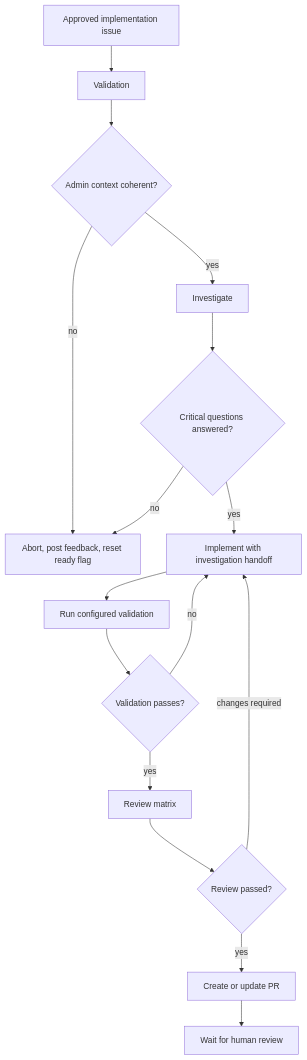
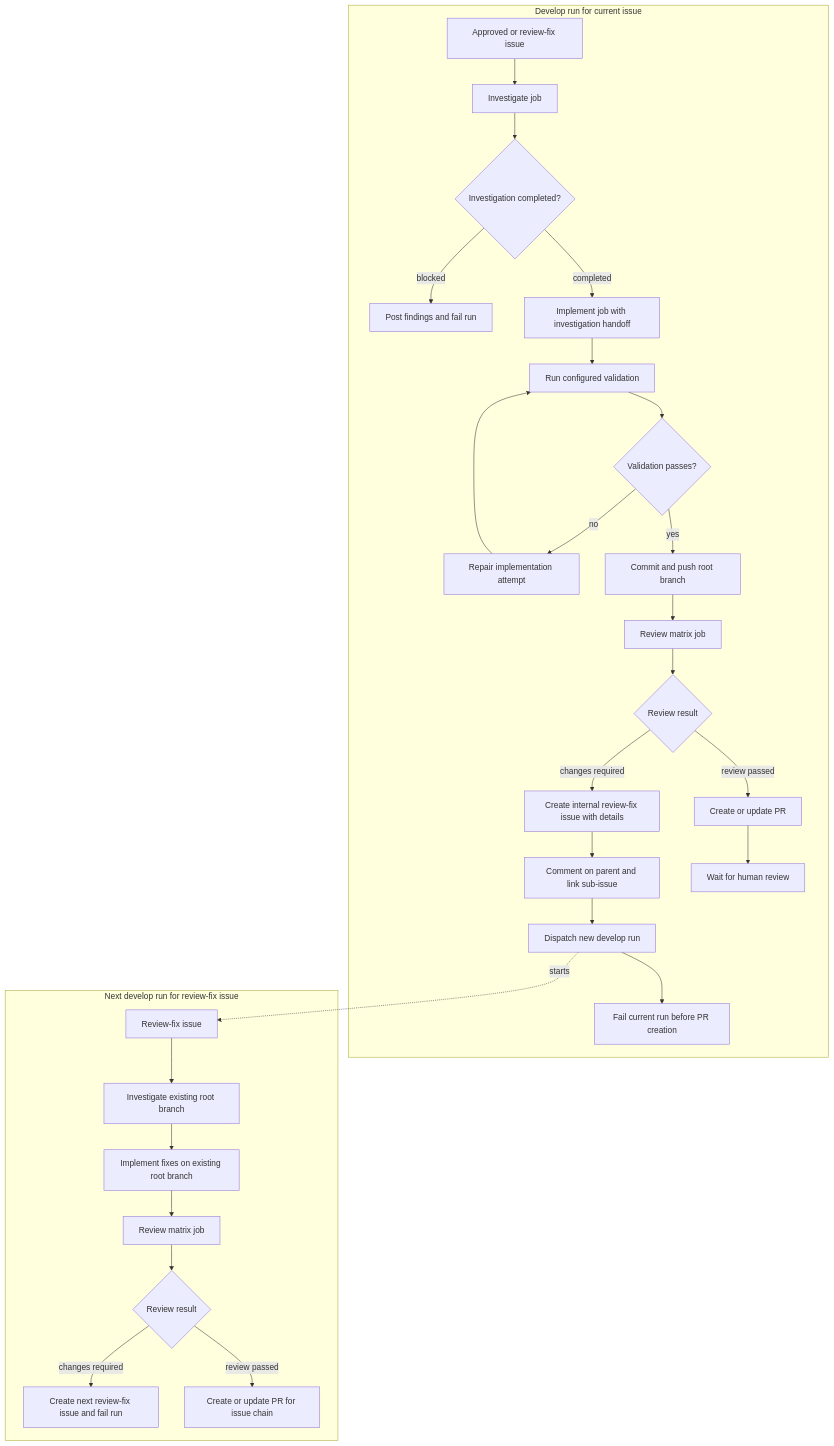
The second of 5 diagrams in docs/WORKFLOW.md (markhuangai/git-vibe), drawn with Mermaid before and after one commit. The commit also changed other lines of this file and 41 other files, not shown here.

Commit message:
Implement review-fix develop pipeline

````diff
--- a/docs/WORKFLOW.md
+++ b/docs/WORKFLOW.md
@@ -105,18 +125,33 @@
 ```mermaid
 flowchart TD
-  A[Approved implementation issue] --> B[Validation]
-  B --> C{Admin context coherent?}
-  C -->|no| D[Abort, post feedback, reset ready flag]
-  C -->|yes| E[Investigate]
-  E --> F{Critical questions answered?}
-  F -->|no| D
-  F -->|yes| G[Implement with investigation handoff]
-  G --> H[Run configured validation]
-  H --> I{Validation passes?}
-  I -->|no| G
-  I -->|yes| J[Review matrix]
-  J --> K{Review passed?}
-  K -->|changes required| G
-  K -->|yes| L[Create or update PR]
-  L --> M[Wait for human review]
+  subgraph ParentRun[Develop run for current issue]
+    A[Approved or review-fix issue] --> B[Investigate job]
+    B --> C{Investigation completed?}
+    C -->|blocked| D[Post findings and fail run]
+    C -->|completed| E[Implement job with investigation handoff]
+    E --> F[Run configured validation]
+    F --> G{Validation passes?}
+    G -->|no| H[Repair implementation attempt]
+    H --> F
+    G -->|yes| I[Commit and push root branch]
+    I --> J[Review matrix job]
+    J --> K{Review result}
+    K -->|changes required| L[Create internal review-fix issue with details]
+    L --> M[Comment on parent and link sub-issue]
+    M --> N[Dispatch new develop run]
+    N --> O[Fail current run before PR creation]
+    K -->|review passed| P[Create or update PR]
+    P --> Q[Wait for human review]
+  end
+
+  subgraph FollowUpRun[Next develop run for review-fix issue]
+    R[Review-fix issue] --> S[Investigate existing root branch]
+    S --> T[Implement fixes on existing root branch]
+    T --> U[Review matrix job]
+    U --> V{Review result}
+    V -->|changes required| W[Create next review-fix issue and fail run]
+    V -->|review passed| X[Create or update PR for issue chain]
+  end
+
+  N -. starts .-> R
 ```
````
